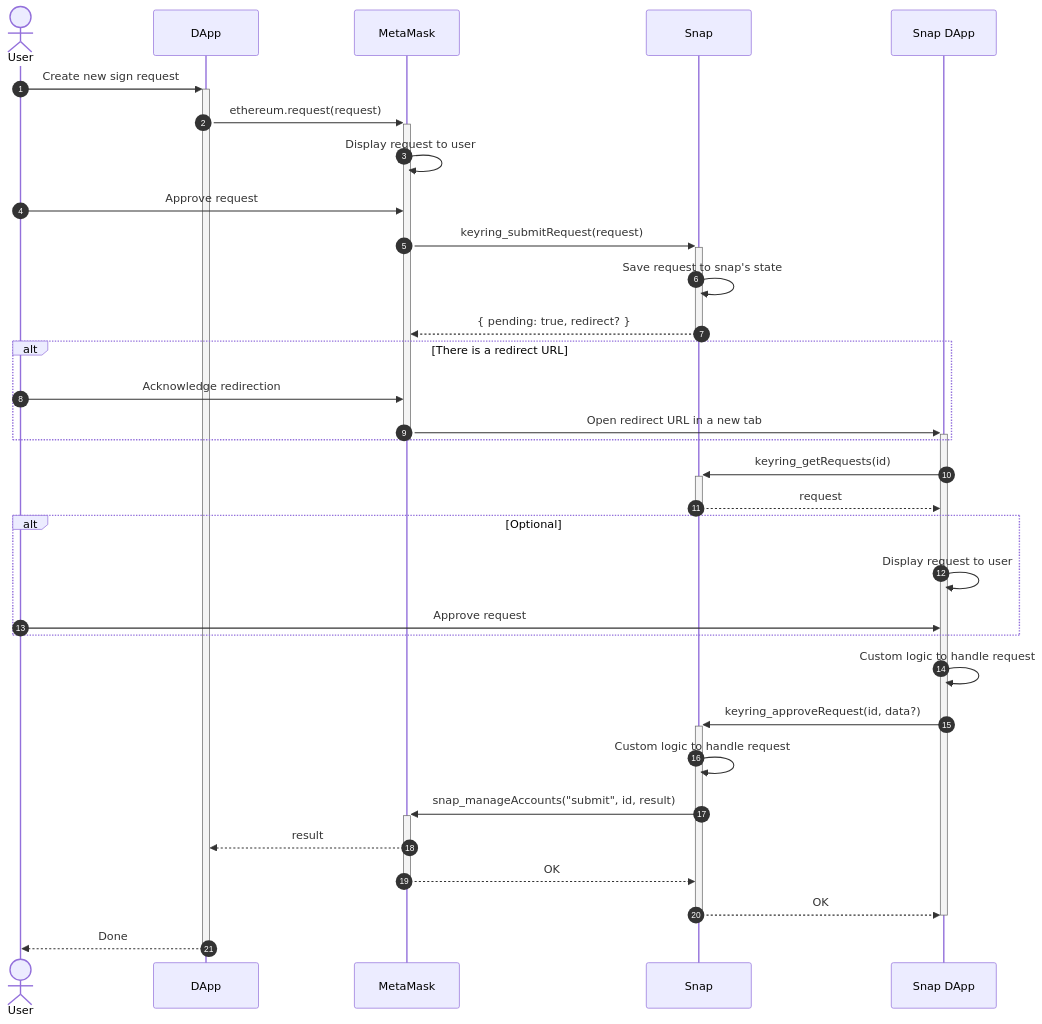
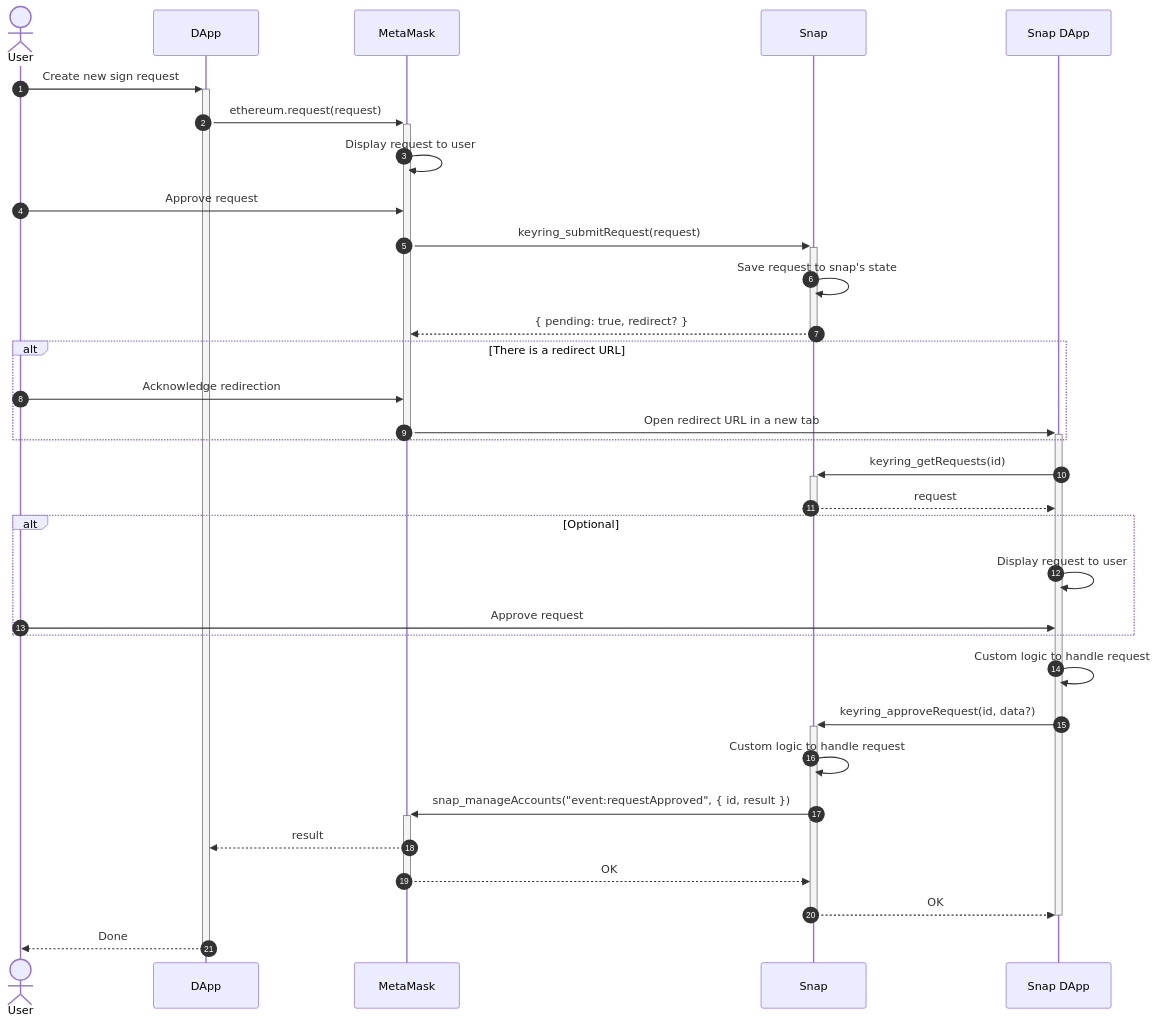
The third of 4 diagrams in docs/architecture.md (MetaMask/keyring-api), drawn with Mermaid before and after one commit. The commit also changed other lines of this file, not shown here.

Commit message:
docs: update events in sequence diagram

````diff
--- a/docs/architecture.md
+++ b/docs/architecture.md
@@ -103,44 +103,44 @@
   ```mermaid
   sequenceDiagram
   autonumber
 
   actor User
   participant DApp
   participant MetaMask
   participant Snap
   participant Site as Snap DApp
 
   User ->>+ DApp: Create new sign request
   DApp ->>+ MetaMask: ethereum.request(request)
   MetaMask ->> MetaMask: Display request to user
   User ->> MetaMask: Approve request
 
   MetaMask ->>+ Snap: keyring_submitRequest(request)
   Snap ->> Snap: Save request to snap's state
   Snap -->>- MetaMask: { pending: true, redirect? }
   alt There is a redirect URL
     User ->> MetaMask: Acknowledge redirection
     MetaMask ->>+ Site: Open redirect URL in a new tab
   end
   deactivate MetaMask
 
   Site ->>+ Snap: keyring_getRequests(id)
   Snap -->>- Site: request
 
   alt Optional
     Site ->> Site: Display request to user
     User ->> Site: Approve request
   end
 
   Site ->> Site: Custom logic to handle request
   Site ->>+ Snap: keyring_approveRequest(id, data?)
   Snap ->> Snap: Custom logic to handle request
-  Snap ->>+ MetaMask: snap_manageAccounts("submit", id, result)
+  Snap ->>+ MetaMask: snap_manageAccounts("event:requestApproved", { id, result })
 
   MetaMask -->> DApp: result
   MetaMask -->>- Snap: OK
   Snap -->>- Site: OK
   deactivate Site
 
   DApp -->>- User: Done
   ```
````
